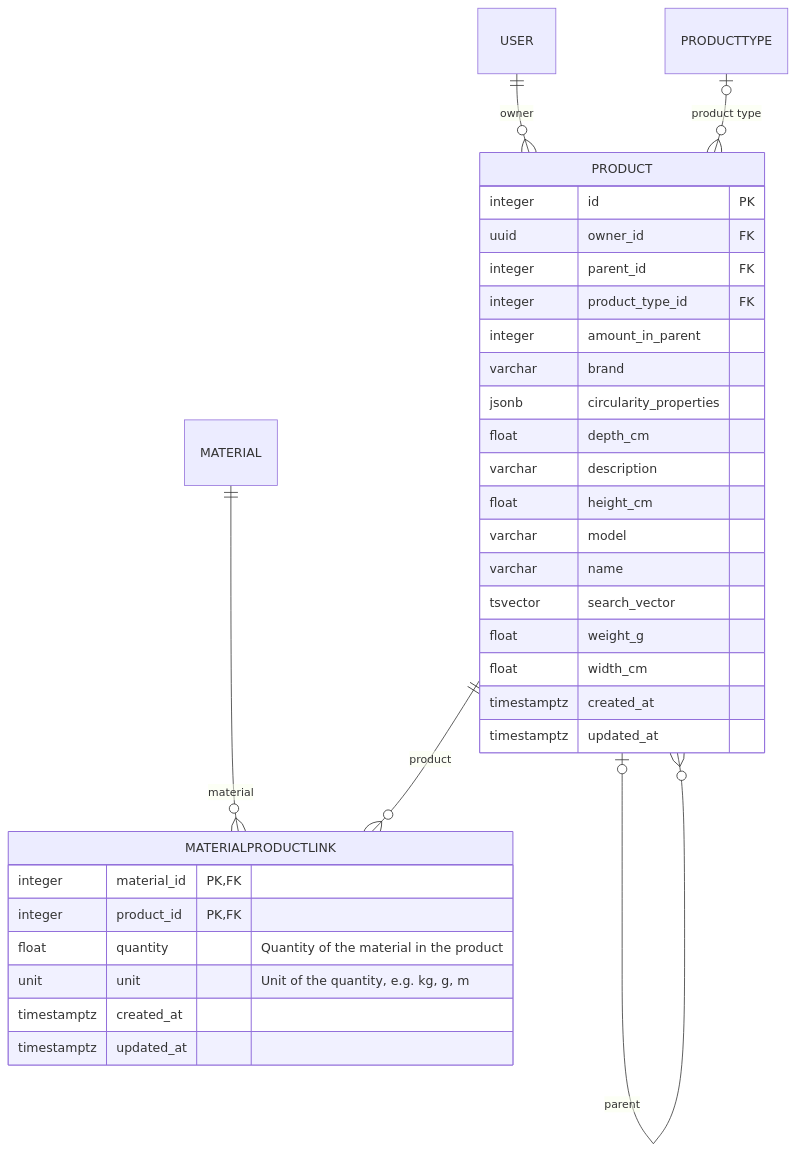
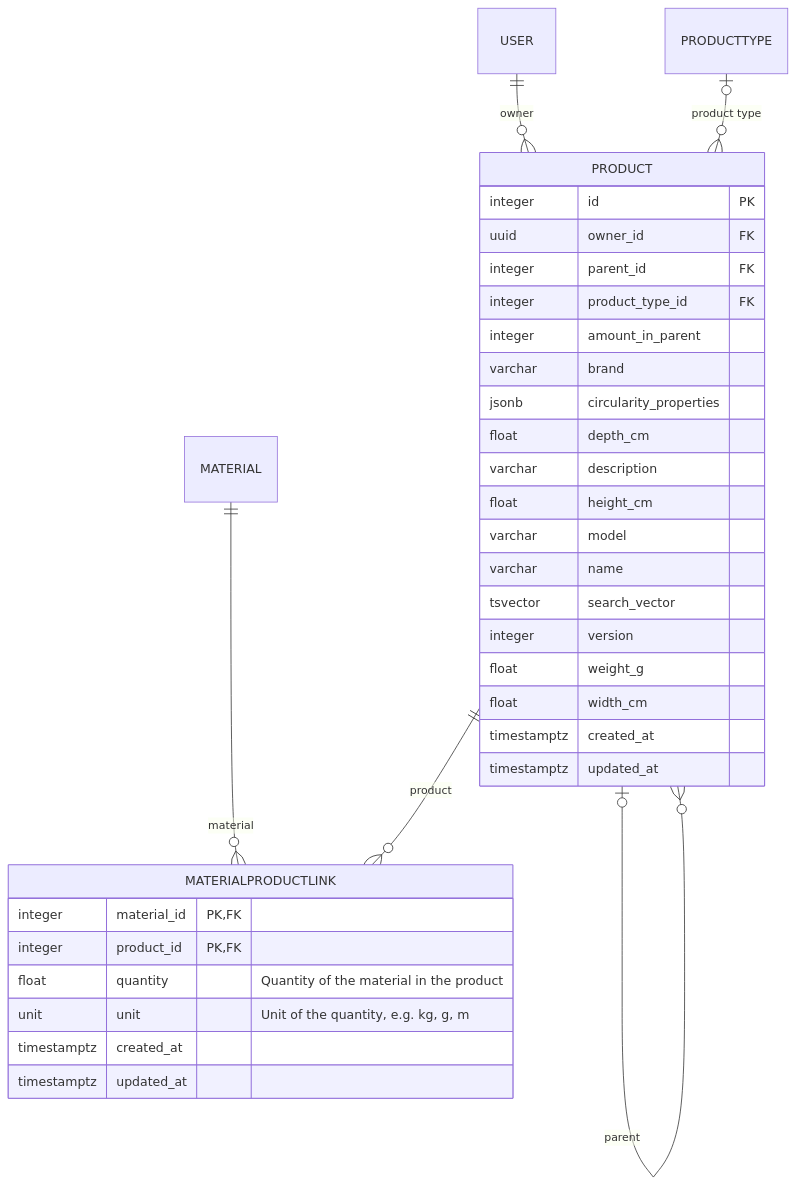
The diagram in docs/src/components/datamodel/data-collection.generated.mdx (CMLPlatform/relab), drawn with Mermaid before and after one commit. The commit also changed 29 other files, not shown here.

````diff
--- a/docs/src/components/datamodel/data-collection.generated.mdx
+++ b/docs/src/components/datamodel/data-collection.generated.mdx
@@ -3,40 +3,41 @@
 ```mermaid
 erDiagram
     accTitle: Data collection entities
     accDescr: The data collection tables are MATERIALPRODUCTLINK, PRODUCT. Each MATERIALPRODUCTLINK row names exactly one MATERIAL as its material. Each MATERIALPRODUCTLINK row names exactly one PRODUCT as its product. Each PRODUCT row names exactly one USER as its owner. Each PRODUCT row names zero or one PRODUCT as its parent. Each PRODUCT row names zero or one PRODUCTTYPE as its product type.
 
     MATERIALPRODUCTLINK {
         integer material_id PK, FK
         integer product_id PK, FK
         float quantity "Quantity of the material in the product"
         unit unit "Unit of the quantity, e.g. kg, g, m"
         timestamptz created_at
         timestamptz updated_at
     }
 
     PRODUCT {
         integer id PK
         uuid owner_id FK
         integer parent_id FK
         integer product_type_id FK
         integer amount_in_parent
         varchar brand
         jsonb circularity_properties
         float depth_cm
         varchar description
         float height_cm
         varchar model
         varchar name
         tsvector search_vector
+        integer version
         float weight_g
         float width_cm
         timestamptz created_at
         timestamptz updated_at
     }
 
     MATERIAL ||--o{ MATERIALPRODUCTLINK : "material"
     PRODUCT ||--o{ MATERIALPRODUCTLINK : "product"
     USER ||--o{ PRODUCT : "owner"
     PRODUCT |o--o{ PRODUCT : "parent"
     PRODUCTTYPE |o--o{ PRODUCT : "product type"
 ```
````
